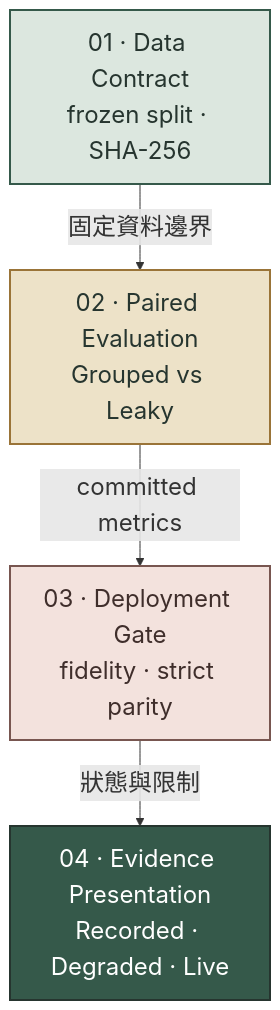
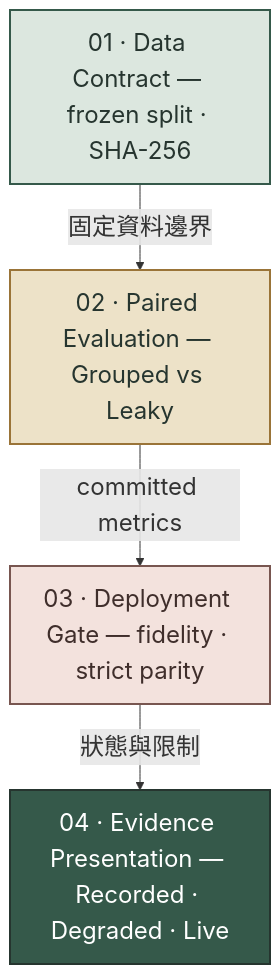
Before and after one commit to kuotunyu/pcb-defect-detection: the second of 5 diagrams in README.md, drawn with Mermaid. The commit also changed other lines of this file and 1 other file, not shown here.

Commit message:
docs: avoid GitHub Mermaid line-break collapse

````diff
--- a/README.md
+++ b/README.md
@@ -90,25 +90,25 @@
 ```mermaid
 %%{init: {'themeVariables': {'fontSize': '24px'}}}%%
 flowchart TB
     accTitle: PCB 瑕疵偵測的 evidence-first 四層架構
     accDescr: Frozen data contract 依序驅動 paired evaluation、deployment gate 與 evidence presentation；失敗的 gate 只進入 Recorded evidence 或 Degraded mode。
 
-    Data["01 · Data Contract<br/>frozen split · SHA-256"]
-    Evaluation["02 · Paired Evaluation<br/>Grouped vs Leaky"]
-    Gate["03 · Deployment Gate<br/>fidelity · strict parity"]
-    Presentation["04 · Evidence Presentation<br/>Recorded · Degraded · Live"]
+    Data["01 · Data Contract — frozen split · SHA-256"]
+    Evaluation["02 · Paired Evaluation — Grouped vs Leaky"]
+    Gate["03 · Deployment Gate — fidelity · strict parity"]
+    Presentation["04 · Evidence Presentation — Recorded · Degraded · Live"]
 
     Data -->|固定資料邊界| Evaluation
     Evaluation -->|committed metrics| Gate
     Gate -->|狀態與限制| Presentation
 
     classDef contract fill:#DCE7DF,stroke:#35594A,stroke-width:2px,color:#26352F
     classDef process fill:#EDE2C8,stroke:#9A7438,stroke-width:2px,color:#26352F
     classDef gate fill:#F3E2DD,stroke:#785650,stroke-width:2px,color:#3F2E2B
     classDef verified fill:#35594A,stroke:#26352F,stroke-width:2px,color:#FFFFFF
 
     class Data contract
     class Evaluation process
     class Gate gate
     class Presentation verified
 ```
````
